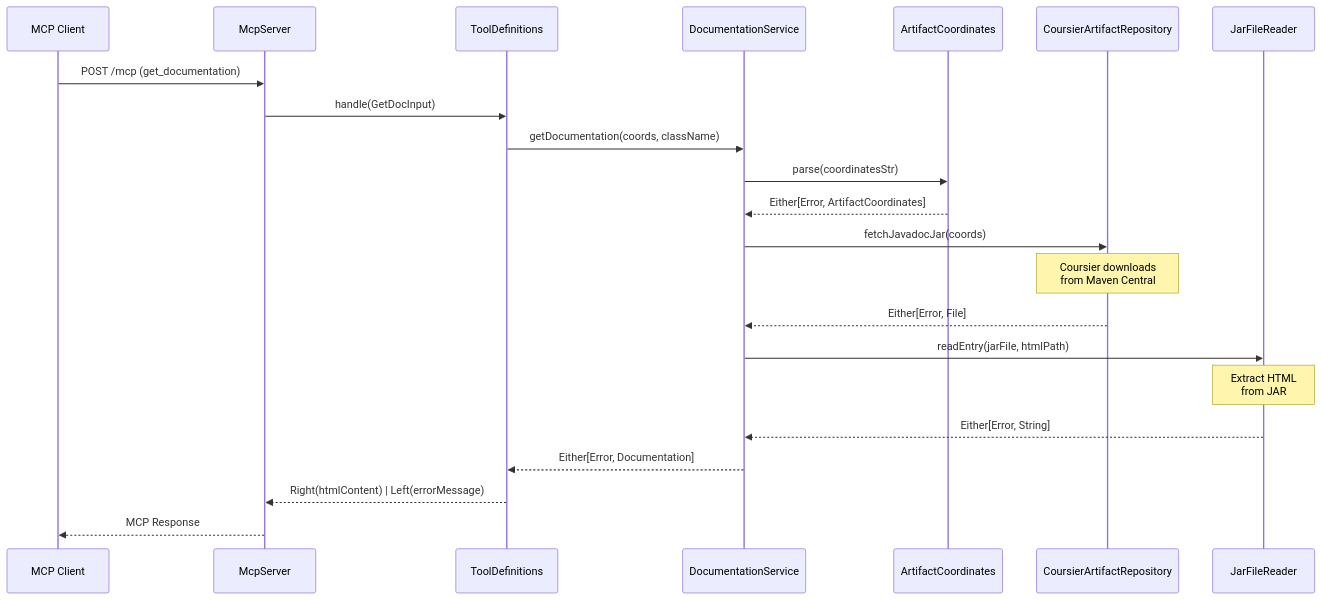
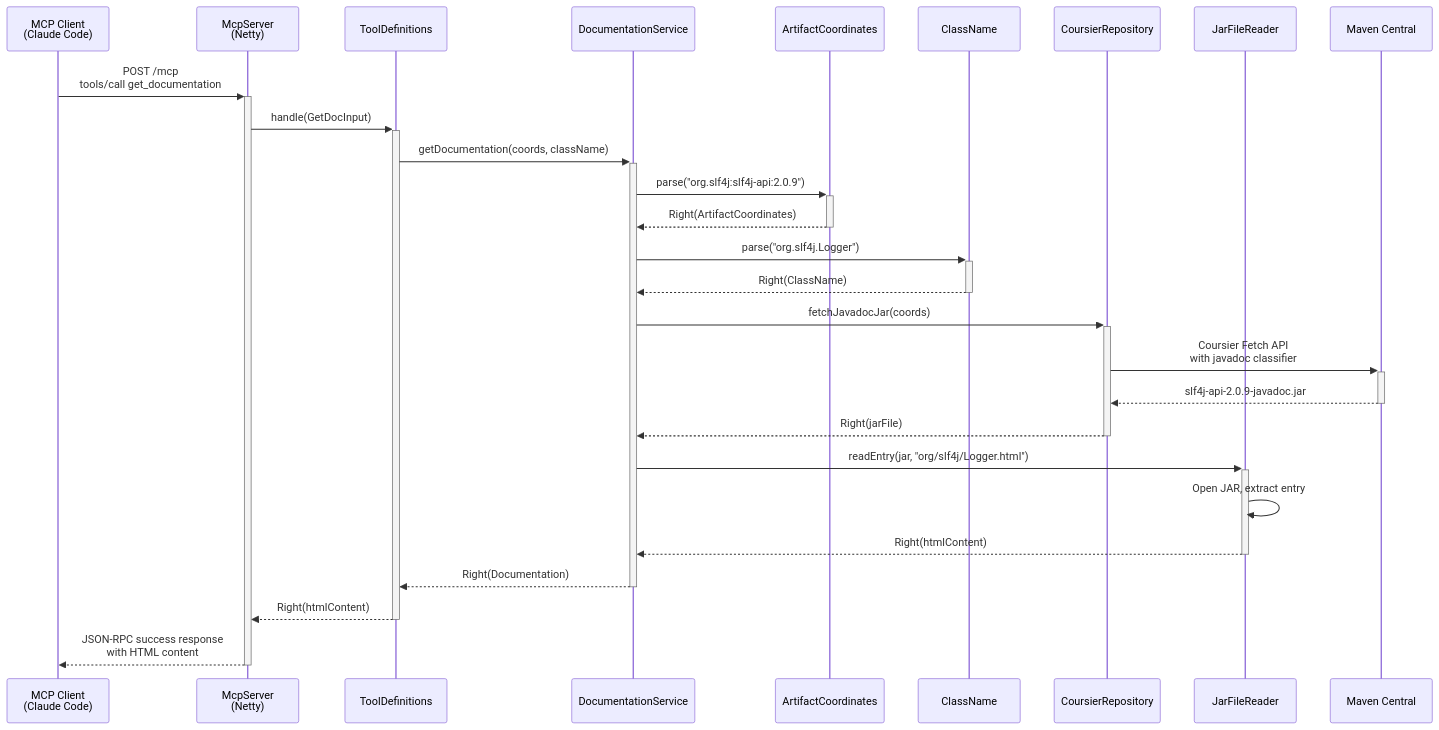
The third of 4 diagrams in project-management/issues/JMC-1/review-packet-phase-01.md (iterative-works/javadocs-mcp), drawn with Mermaid before and after one commit. The commit also changed other lines of this file and 4 other files, not shown here.

````diff
--- a/project-management/issues/JMC-1/review-packet-phase-01.md
+++ b/project-management/issues/JMC-1/review-packet-phase-01.md
@@ -126,29 +154,35 @@
 ```mermaid
 sequenceDiagram
-    participant Client as MCP Client
-    participant Server as McpServer
+    participant Client as MCP Client<br/>(Claude Code)
+    participant Server as McpServer<br/>(Netty)
     participant Tool as ToolDefinitions
     participant Service as DocumentationService
     participant Coords as ArtifactCoordinates
-    participant Repo as CoursierArtifactRepository
+    participant ClassName as ClassName
+    participant Repo as CoursierRepository
     participant Reader as JarFileReader
+    participant Maven as Maven Central
 
-    Client->>Server: POST /mcp (get_documentation)
-    Server->>Tool: handle(GetDocInput)
-    Tool->>Service: getDocumentation(coords, className)
+    Client->>+Server: POST /mcp<br/>tools/call get_documentation
+    Server->>+Tool: handle(GetDocInput)
+    Tool->>+Service: getDocumentation(coords, className)
 
-    Service->>Coords: parse(coordinatesStr)
-    Coords-->>Service: Either[Error, ArtifactCoordinates]
+    Service->>+Coords: parse("org.slf4j:slf4j-api:2.0.9")
+    Coords-->>-Service: Right(ArtifactCoordinates)
 
-    Service->>Repo: fetchJavadocJar(coords)
-    Note over Repo: Coursier downloads<br/>from Maven Central
-    Repo-->>Service: Either[Error, File]
+    Service->>+ClassName: parse("org.slf4j.Logger")
+    ClassName-->>-Service: Right(ClassName)
 
-    Service->>Reader: readEntry(jarFile, htmlPath)
-    Note over Reader: Extract HTML<br/>from JAR
-    Reader-->>Service: Either[Error, String]
+    Service->>+Repo: fetchJavadocJar(coords)
+    Repo->>+Maven: Coursier Fetch API<br/>with javadoc classifier
+    Maven-->>-Repo: slf4j-api-2.0.9-javadoc.jar
+    Repo-->>-Service: Right(jarFile)
 
-    Service-->>Tool: Either[Error, Documentation]
-    Tool-->>Server: Right(htmlContent) | Left(errorMessage)
-    Server-->>Client: MCP Response
+    Service->>+Reader: readEntry(jar, "org/slf4j/Logger.html")
+    Reader->>Reader: Open JAR, extract entry
+    Reader-->>-Service: Right(htmlContent)
+
+    Service-->>-Tool: Right(Documentation)
+    Tool-->>-Server: Right(htmlContent)
+    Server-->>-Client: JSON-RPC success response<br/>with HTML content
 ```
````
